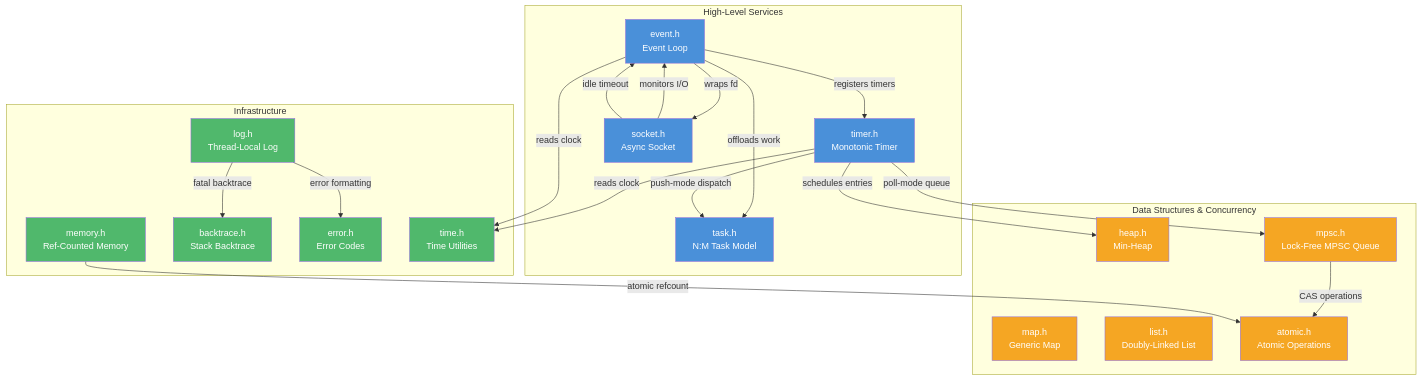
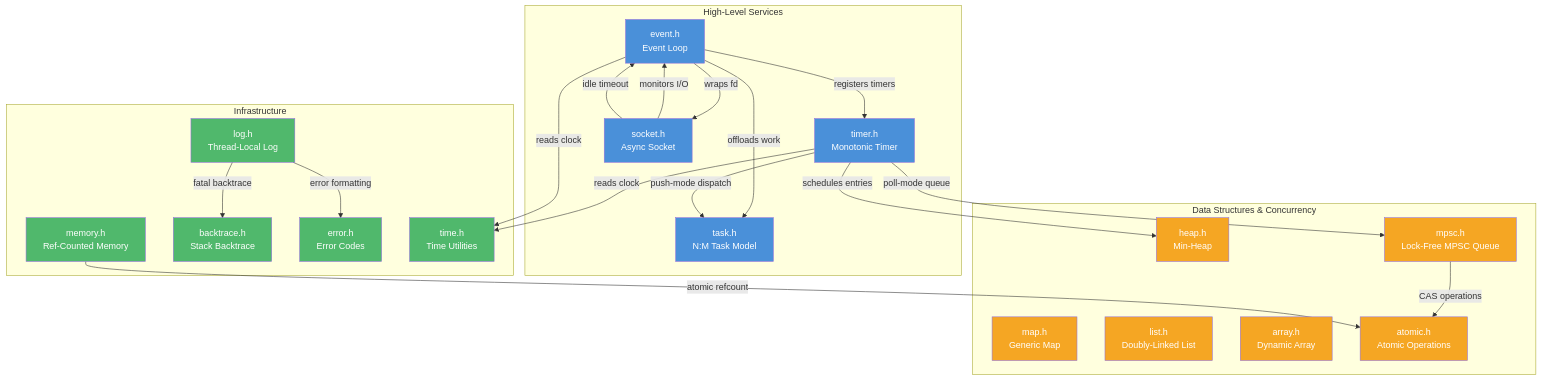
One commit to mivinci/DownloadKit changed the first of 2 diagrams in docs/modules/xbase/README.md. Above: the diagram before and after it, drawn with Mermaid. The commit also changed other lines of this file and 5 other files, not shown here.

````diff
--- a/docs/modules/xbase/README.md
+++ b/docs/modules/xbase/README.md
@@ -25,59 +25,61 @@
 ```mermaid
 graph TD
     subgraph "High-Level Services"
         EVENT["event.h<br/>Event Loop"]
         TIMER["timer.h<br/>Monotonic Timer"]
         TASK["task.h<br/>N:M Task Model"]
         SOCKET["socket.h<br/>Async Socket"]
     end
 
     subgraph "Infrastructure"
         MEMORY["memory.h<br/>Ref-Counted Memory"]
         LOG["log.h<br/>Thread-Local Log"]
         BACKTRACE["backtrace.h<br/>Stack Backtrace"]
         ERROR["error.h<br/>Error Codes"]
         TIME["time.h<br/>Time Utilities"]
     end
 
     subgraph "Data Structures & Concurrency"
         HEAP["heap.h<br/>Min-Heap"]
         MAP["map.h<br/>Generic Map"]
         LIST["list.h<br/>Doubly-Linked List"]
+        ARRAY["array.h<br/>Dynamic Array"]
         MPSC["mpsc.h<br/>Lock-Free MPSC Queue"]
         ATOMIC["atomic.h<br/>Atomic Operations"]
     end
 
     EVENT -->|"registers timers"| TIMER
     EVENT -->|"offloads work"| TASK
     EVENT -->|"wraps fd"| SOCKET
     SOCKET -->|"monitors I/O"| EVENT
     SOCKET -->|"idle timeout"| EVENT
 
     TIMER -->|"schedules entries"| HEAP
     TIMER -->|"poll-mode queue"| MPSC
     TIMER -->|"push-mode dispatch"| TASK
     TIMER -->|"reads clock"| TIME
 
     MPSC -->|"CAS operations"| ATOMIC
     MEMORY -->|"atomic refcount"| ATOMIC
 
     LOG -->|"fatal backtrace"| BACKTRACE
     LOG -->|"error formatting"| ERROR
 
     EVENT -->|"reads clock"| TIME
 
     style EVENT fill:#4a90d9,color:#fff
     style TIMER fill:#4a90d9,color:#fff
     style TASK fill:#4a90d9,color:#fff
     style SOCKET fill:#4a90d9,color:#fff
     style MEMORY fill:#50b86c,color:#fff
     style LOG fill:#50b86c,color:#fff
     style BACKTRACE fill:#50b86c,color:#fff
     style ERROR fill:#50b86c,color:#fff
     style TIME fill:#50b86c,color:#fff
     style HEAP fill:#f5a623,color:#fff
     style MAP fill:#f5a623,color:#fff
     style LIST fill:#f5a623,color:#fff
+    style ARRAY fill:#f5a623,color:#fff
     style MPSC fill:#f5a623,color:#fff
     style ATOMIC fill:#f5a623,color:#fff
 ```
````
